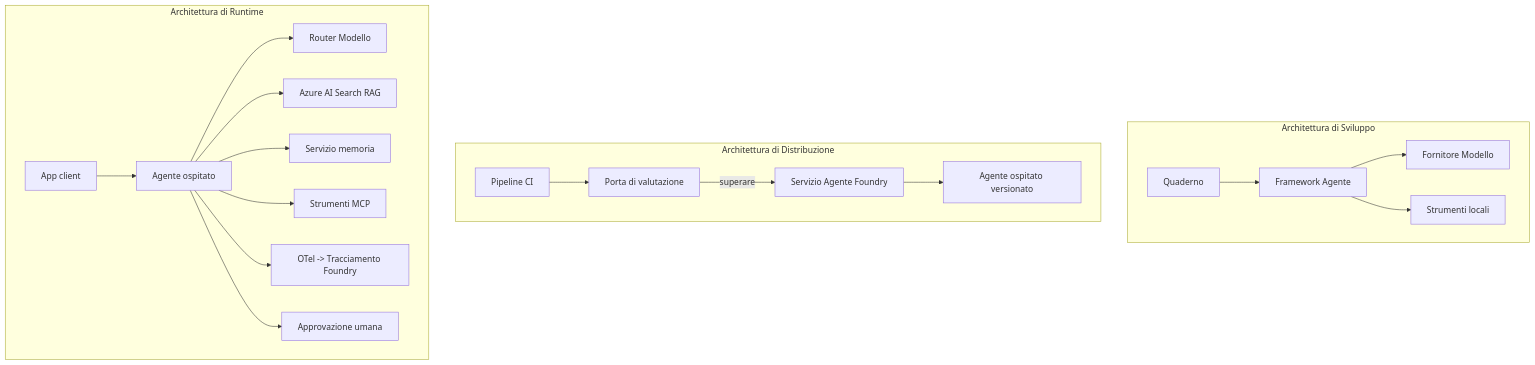
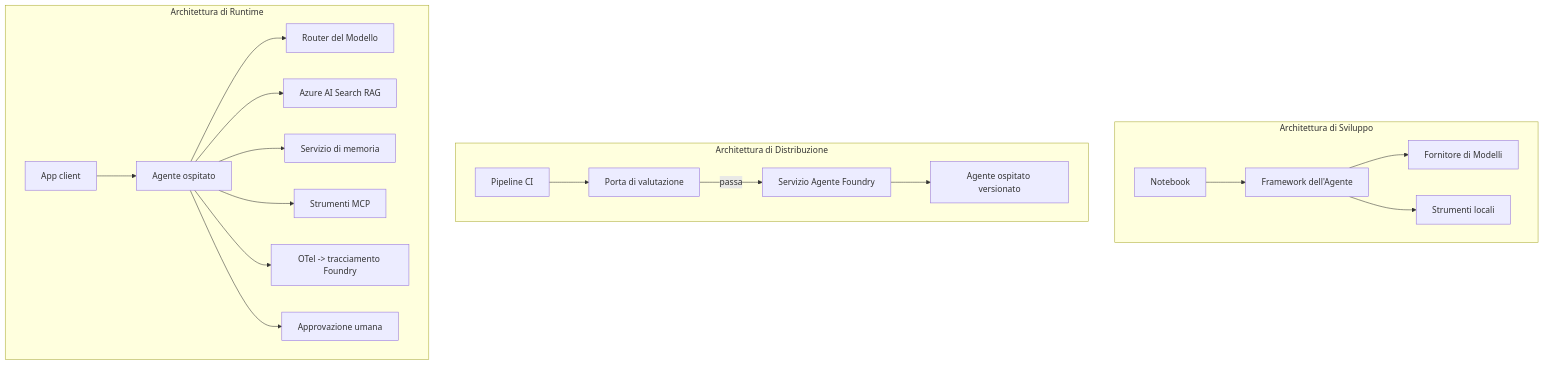
One commit to gabrielmoreira/agent-skills-mirror changed the fourth of 4 diagrams in mirrors/repos/microsoft@ai-agents-for-beginners/translations/it/16-deploying-scalable-agents/README.md. Above: the diagram before and after it, drawn with Mermaid. The commit also changed other lines of this file and 3581 other files, not shown here.

````diff
--- a/mirrors/repos/microsoft@ai-agents-for-beginners/translations/it/16-deploying-scalable-agents/README.md
+++ b/mirrors/repos/microsoft@ai-agents-for-beginners/translations/it/16-deploying-scalable-agents/README.md
@@ -185,22 +185,22 @@
 ```mermaid
 flowchart TB
     subgraph Dev[Architettura di Sviluppo]
-        D1[Quaderno] --> D2[Framework Agente]
-        D2 --> D3[Fornitore Modello]
+        D1[Notebook] --> D2[Framework dell'Agente]
+        D2 --> D3[Fornitore di Modelli]
         D2 --> D4[Strumenti locali]
     end
     subgraph Deploy[Architettura di Distribuzione]
         E1[Pipeline CI] --> E2[Porta di valutazione]
-        E2 -->|superare| E3[Servizio Agente Foundry]
+        E2 -->|passa| E3[Servizio Agente Foundry]
         E3 --> E4[Agente ospitato versionato]
     end
     subgraph Run[Architettura di Runtime]
         F1[App client] --> F2[Agente ospitato]
-        F2 --> F3[Router Modello]
+        F2 --> F3[Router del Modello]
         F2 --> F4[Azure AI Search RAG]
-        F2 --> F5[Servizio memoria]
+        F2 --> F5[Servizio di memoria]
         F2 --> F6[Strumenti MCP]
-        F2 --> F7[OTel -> Tracciamento Foundry]
+        F2 --> F7[OTel -> tracciamento Foundry]
         F2 --> F8[Approvazione umana]
     end
 ```
````
